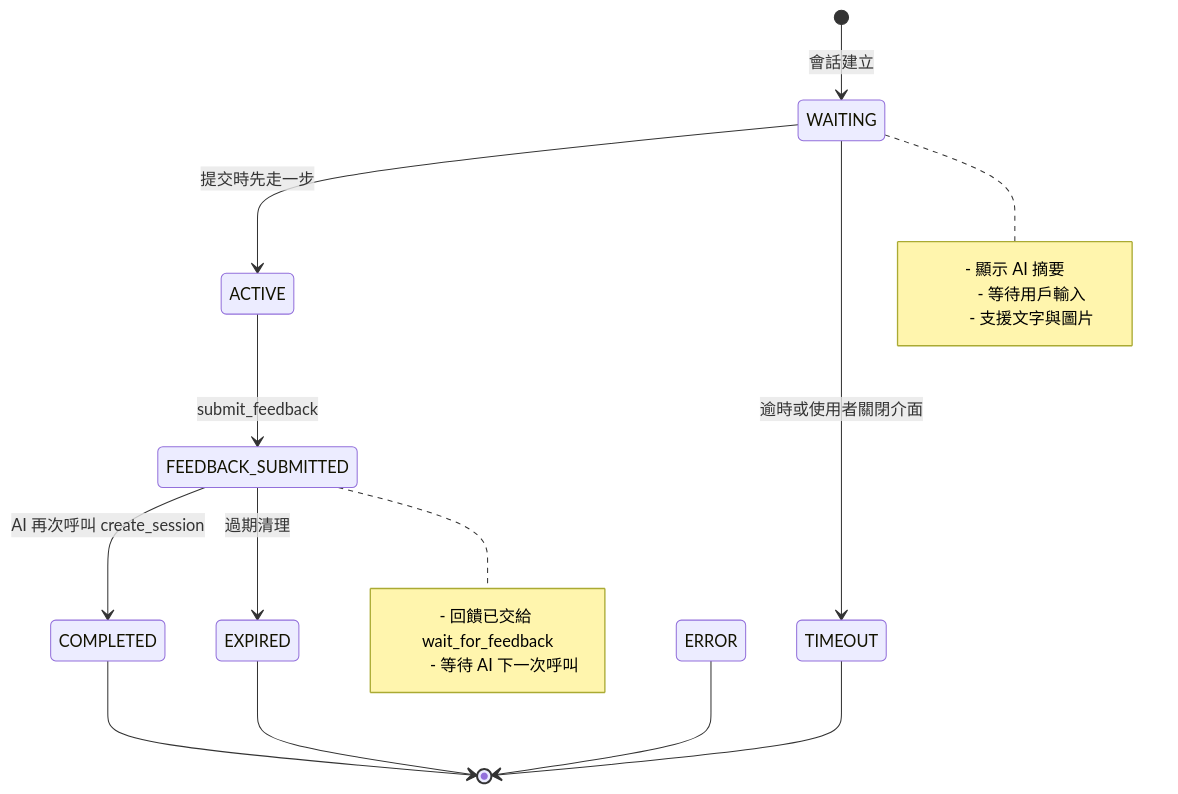
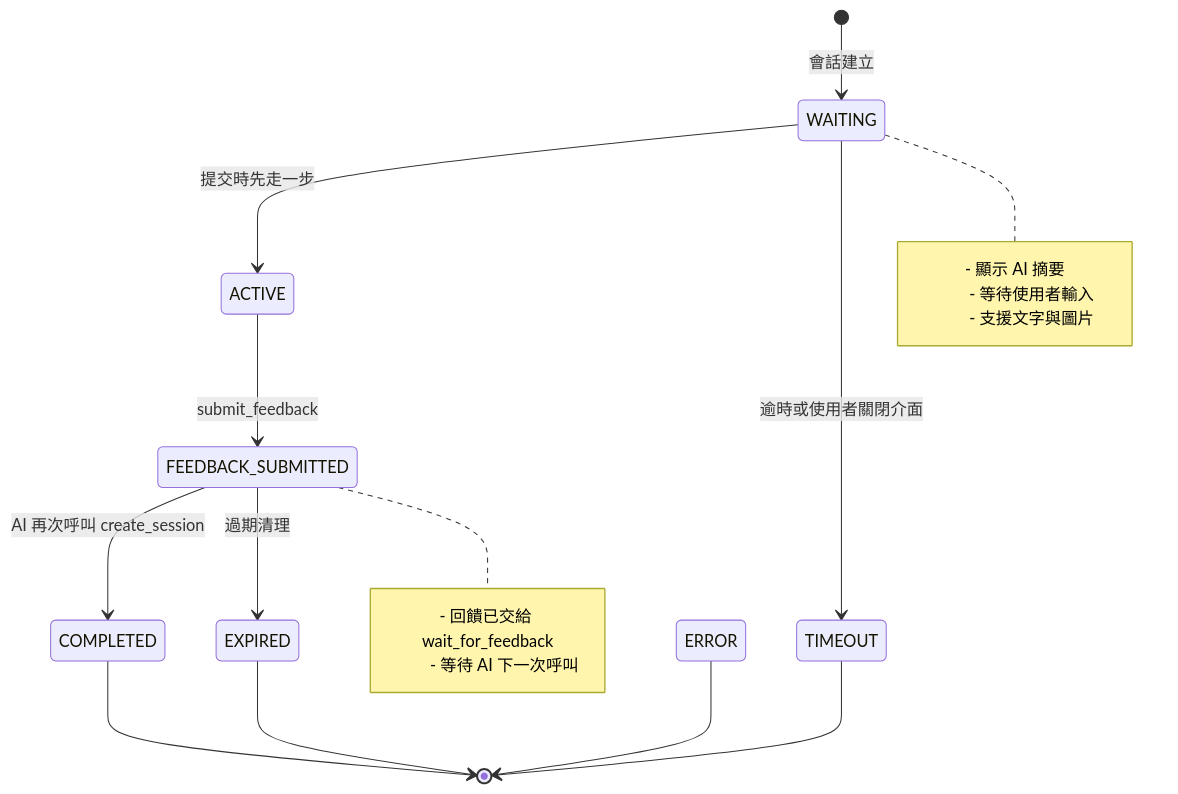
The fourth of 12 diagrams in docs/architecture/component-details.md (CloudEngineHub/mcp-feedback-enhanced), drawn with Mermaid before and after one commit. The commit also changed other lines of this file, not shown here.

````diff
--- a/docs/architecture/component-details.md
+++ b/docs/architecture/component-details.md
@@ -318,24 +318,24 @@
 ```mermaid
 stateDiagram-v2
     [*] --> WAITING: 會話建立
     WAITING --> ACTIVE: 提交時先走一步
     ACTIVE --> FEEDBACK_SUBMITTED: submit_feedback
     FEEDBACK_SUBMITTED --> COMPLETED: AI 再次呼叫 create_session
     WAITING --> TIMEOUT: 逾時或使用者關閉介面
     FEEDBACK_SUBMITTED --> EXPIRED: 過期清理
     COMPLETED --> [*]
     TIMEOUT --> [*]
     EXPIRED --> [*]
     ERROR --> [*]
 
     note right of WAITING
         - 顯示 AI 摘要
-        - 等待用戶輸入
+        - 等待使用者輸入
         - 支援文字與圖片
     end note
 
     note right of FEEDBACK_SUBMITTED
         - 回饋已交給 wait_for_feedback
         - 等待 AI 下一次呼叫
     end note
 ```
````
